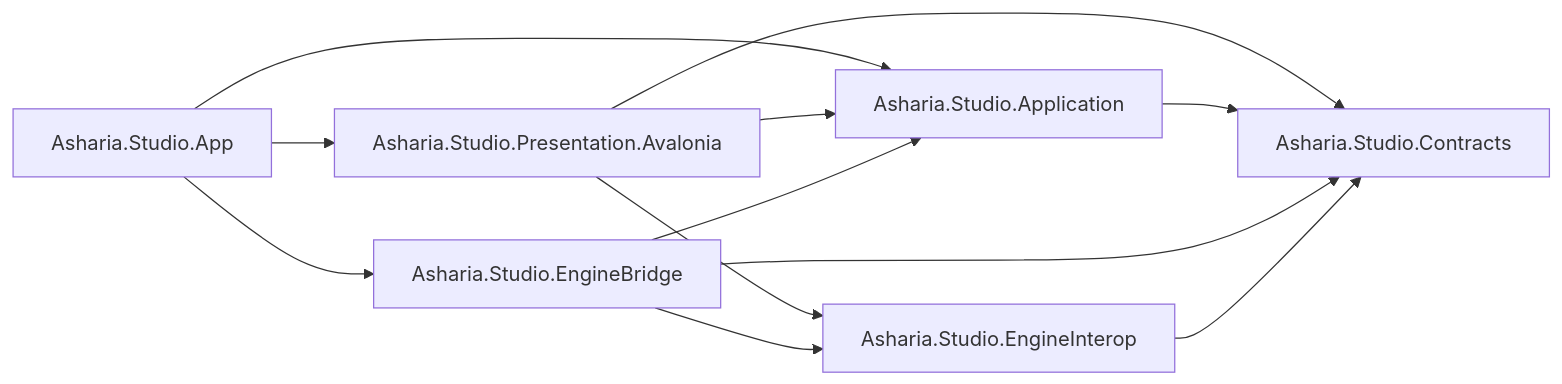
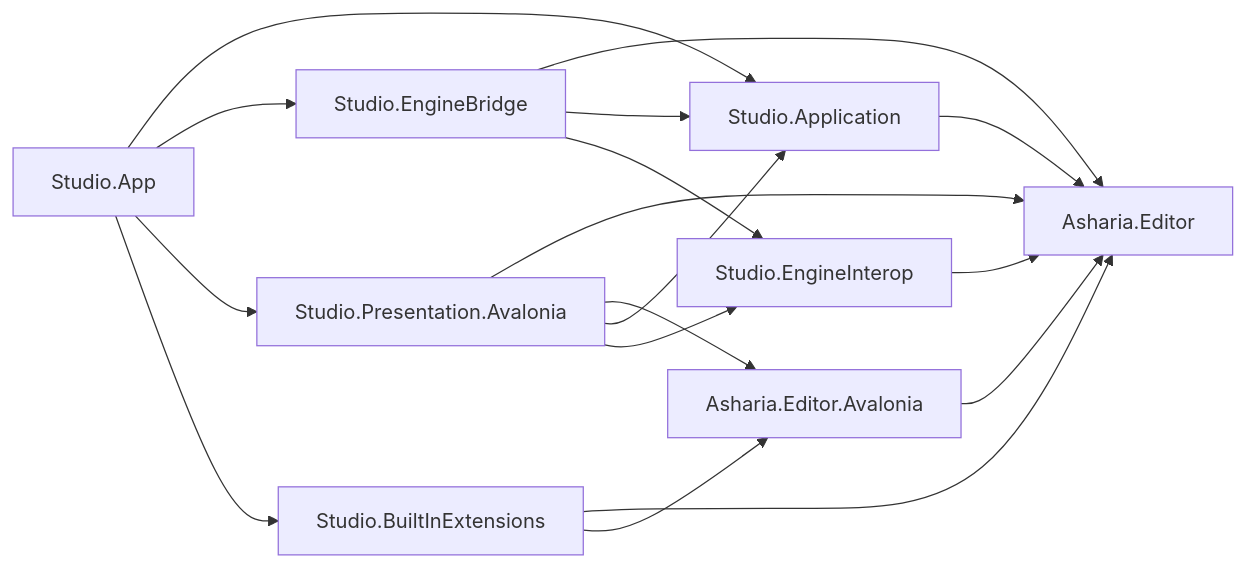
The second of 2 diagrams in apps/studio/docs/architecture/studio-overview.md (66six11/Engine), drawn with Mermaid before and after one commit. The commit also changed other lines of this file and 19 other files, not shown here.

Commit message:
docs: redesign studio editor extension framework

````diff
--- a/apps/studio/docs/architecture/studio-overview.md
+++ b/apps/studio/docs/architecture/studio-overview.md
@@ -83,21 +94,28 @@
 ```mermaid
 flowchart LR
-    App["Asharia.Studio.App"]
-    Presentation["Asharia.Studio.Presentation.Avalonia"]
-    Application["Asharia.Studio.Application"]
-    Contracts["Asharia.Studio.Contracts"]
-    Interop["Asharia.Studio.EngineInterop"]
-    Bridge["Asharia.Studio.EngineBridge"]
+    Editor["Asharia.Editor"]
+    EditorAvalonia["Asharia.Editor.Avalonia"]
+    Application["Studio.Application"]
+    Interop["Studio.EngineInterop"]
+    Bridge["Studio.EngineBridge"]
+    Presentation["Studio.Presentation.Avalonia"]
+    BuiltIn["Studio.BuiltInExtensions"]
+    App["Studio.App"]
 
-    App --> Presentation
+    EditorAvalonia --> Editor
+    Application --> Editor
+    Interop --> Editor
+    Bridge --> Editor
+    Bridge --> Application
+    Bridge --> Interop
+    Presentation --> Editor
+    Presentation --> EditorAvalonia
+    Presentation --> Application
+    Presentation --> Interop
+    BuiltIn --> Editor
+    BuiltIn --> EditorAvalonia
     App --> Application
     App --> Bridge
-    Presentation --> Application
-    Presentation --> Contracts
-    Presentation --> Interop
-    Application --> Contracts
-    Bridge --> Application
-    Bridge --> Contracts
-    Bridge --> Interop
-    Interop --> Contracts
+    App --> Presentation
+    App --> BuiltIn
 ```
````
